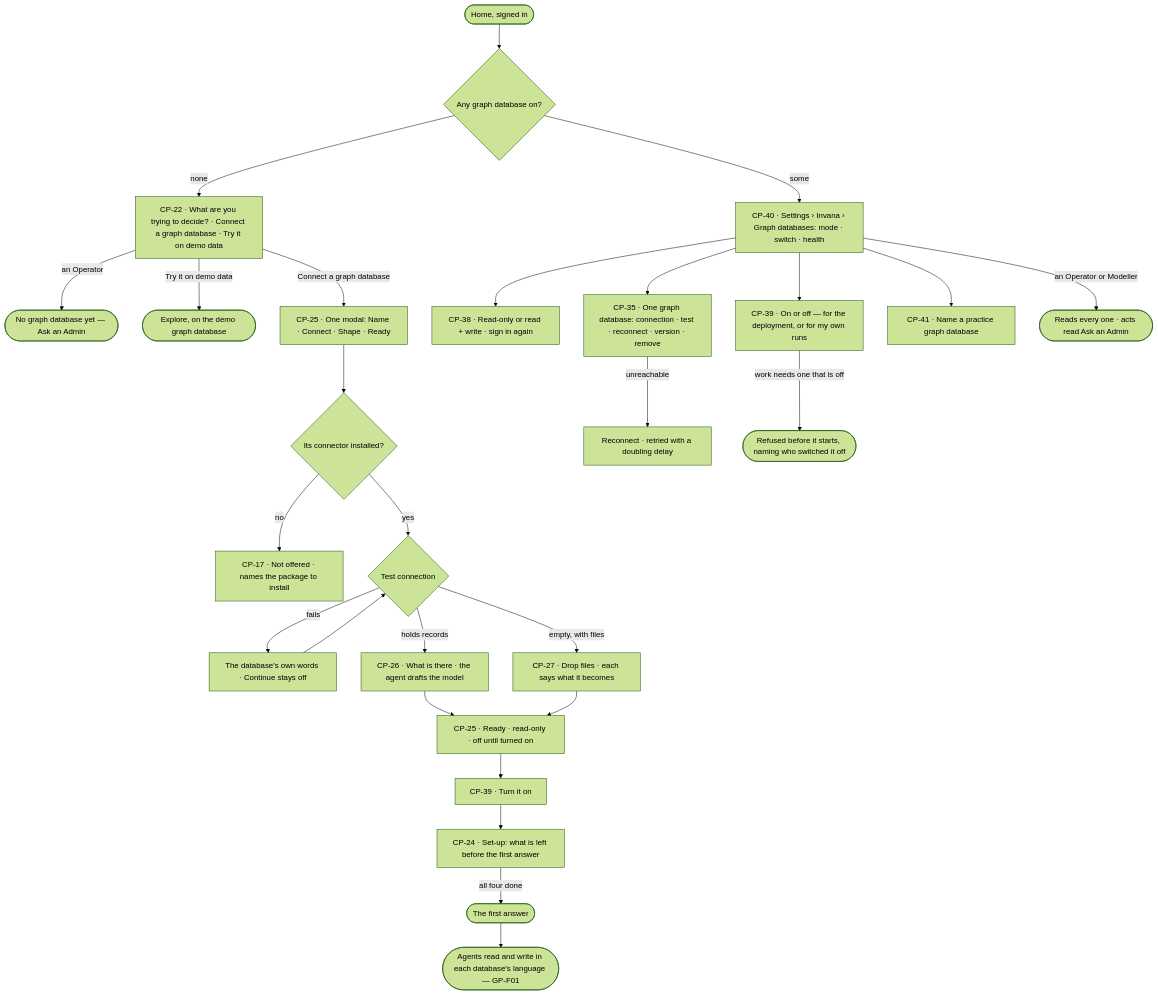
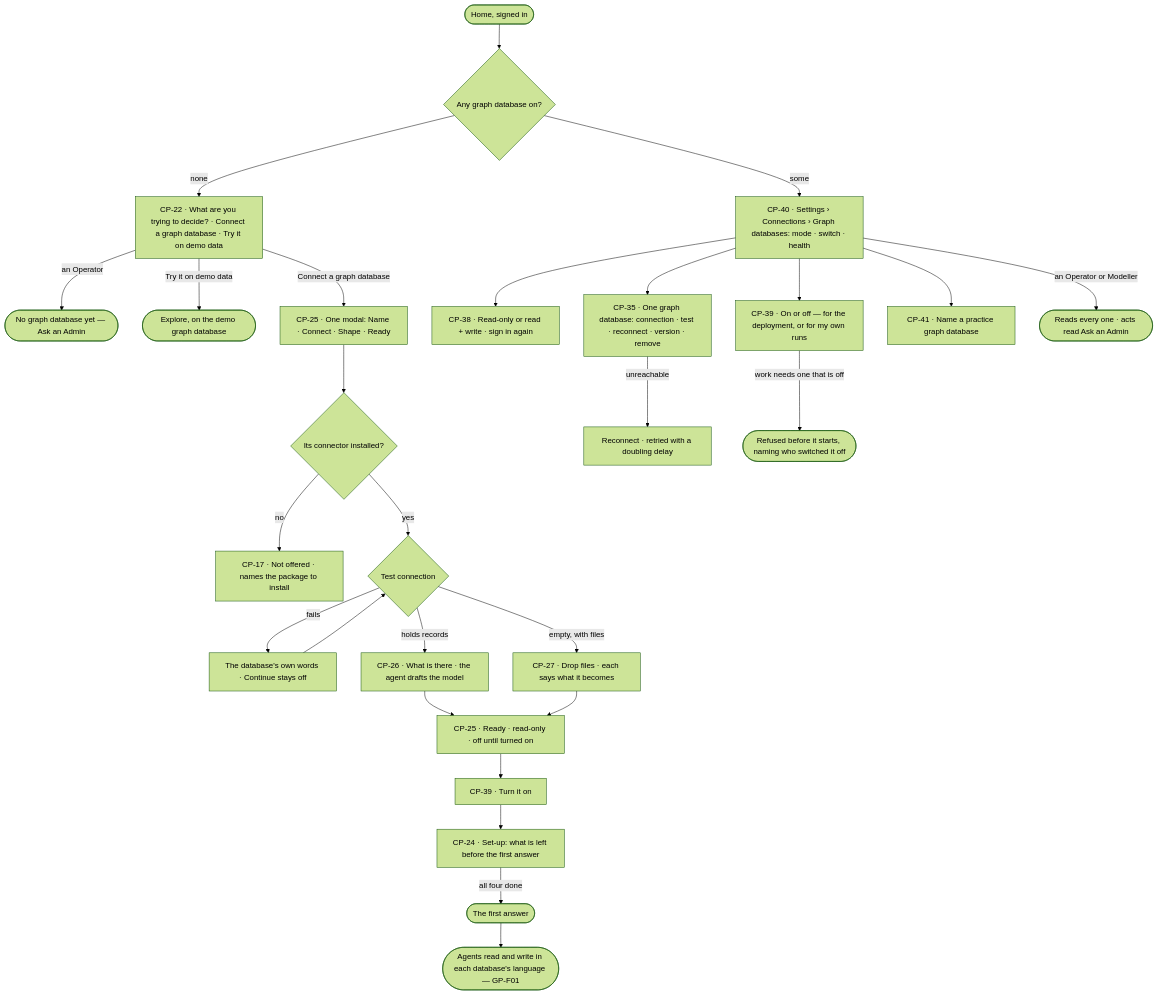
Before and after one commit to invana/invana: the first of 2 diagrams in specs/os/control/features/CP-F05-graph-databases/feature.md, drawn with Mermaid (forest theme). The commit also changed other lines of this file and 106 other files, not shown here.

````diff
--- a/specs/os/control/features/CP-F05-graph-databases/feature.md
+++ b/specs/os/control/features/CP-F05-graph-databases/feature.md
@@ -26,28 +26,28 @@
 ```mermaid
 flowchart TD
   h([Home, signed in]) --> f{"Any graph database on?"}
   f -->|none| q["CP-22 · What are you trying to decide? · Connect a graph database · Try it on demo data"]
   q -->|an Operator| qa(["No graph database yet — Ask an Admin"])
   q -->|Try it on demo data| dm(["Explore, on the demo graph database"])
   q -->|Connect a graph database| c["CP-25 · One modal: Name · Connect · Shape · Ready"]
   c --> pk{"Its connector installed?"}
   pk -->|no| pkn["CP-17 · Not offered · names the package to install"]
   pk -->|yes| t{"Test connection"}
   t -->|fails| tf["The database's own words · Continue stays off"] --> t
   t -->|holds records| hd["CP-26 · What is there · the agent drafts the model"]
   t -->|empty, with files| fl["CP-27 · Drop files · each says what it becomes"]
   hd --> rd["CP-25 · Ready · read-only · off until turned on"]
   fl --> rd
   rd --> on["CP-39 · Turn it on"]
   on --> su["CP-24 · Set-up: what is left before the first answer"]
   su -->|all four done| ans(["The first answer"])
-  f -->|some| ls["CP-40 · Settings › Invana › Graph databases: mode · switch · health"]
+  f -->|some| ls["CP-40 · Settings › Connections › Graph databases: mode · switch · health"]
   ls --> md["CP-38 · Read-only or read + write · sign in again"]
   ls --> sw["CP-39 · On or off — for the deployment, or for my own runs"]
   ls --> one["CP-35 · One graph database: connection · test · reconnect · version · remove"]
   one -->|unreachable| rc["Reconnect · retried with a doubling delay"]
   ls --> pr["CP-41 · Name a practice graph database"]
   ls -->|an Operator or Modeller| ro(["Reads every one · acts read Ask an Admin"])
   sw -->|work needs one that is off| off(["Refused before it starts, naming who switched it off"])
   ans --> rw(["Agents read and write in each database's language — GP-F01"])
 ```
````
